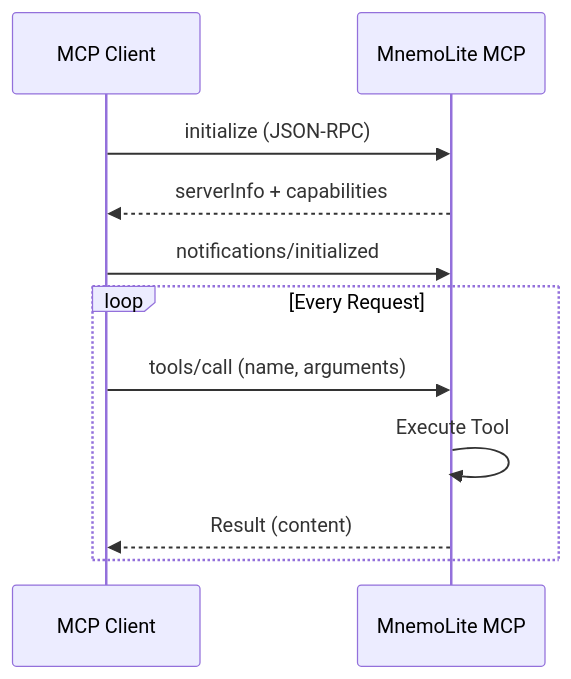
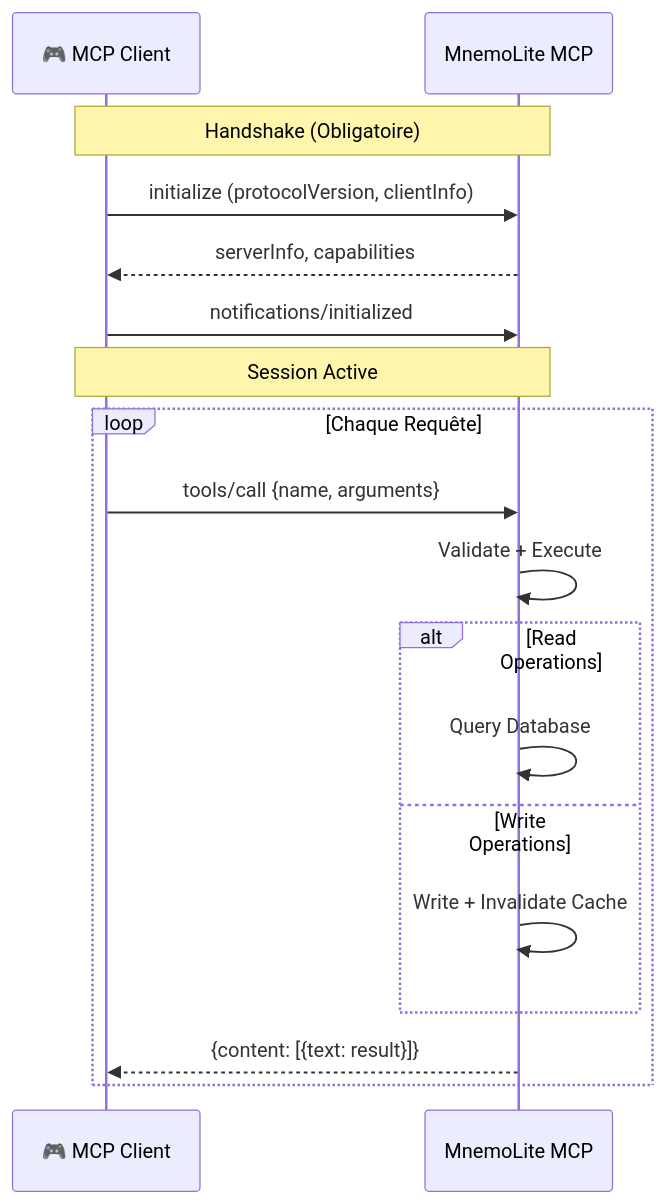
Before and after one commit to giak/mnemo-lite: diagram 12 of 12 in docs/ARCHITECTURE.md, drawn with Mermaid. The commit also changed other lines of this file, not shown here.

Commit message:
docs: enhance ARCHITECTURE.md with professional Mermaid diagrams

````diff
--- a/docs/ARCHITECTURE.md
+++ b/docs/ARCHITECTURE.md
@@ -507,14 +607,22 @@
 ```mermaid
 sequenceDiagram
-    participant C as MCP Client
-    participant S as MnemoLite MCP
+    participant Client as 🎮 MCP Client
+    participant MCP as MnemoLite MCP
 
-    C->>S: initialize (JSON-RPC)
-    S-->>C: serverInfo + capabilities
-    C->>S: notifications/initialized
-    loop Every Request
-        C->>S: tools/call (name, arguments)
-        S->>S: Execute Tool
-        S-->>C: Result (content)
+    Note over Client,MCP: Handshake (Obligatoire)
+    Client->>MCP: initialize (protocolVersion, clientInfo)
+    MCP-->>Client: serverInfo, capabilities
+    Client->>MCP: notifications/initialized
+
+    Note over Client,MCP: Session Active
+    loop Chaque Requête
+        Client->>MCP: tools/call {name, arguments}
+        MCP->>MCP: Validate + Execute
+        alt Read Operations
+            MCP->>MCP: Query Database
+        else Write Operations
+            MCP->>MCP: Write + Invalidate Cache
+        end
+        MCP-->>Client: {content: [{text: result}]}
     end
 ```
````
